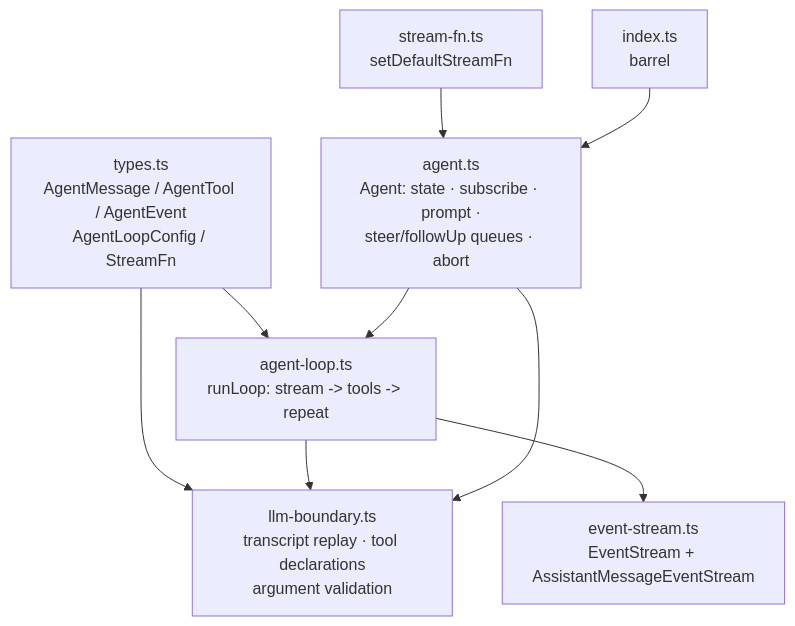
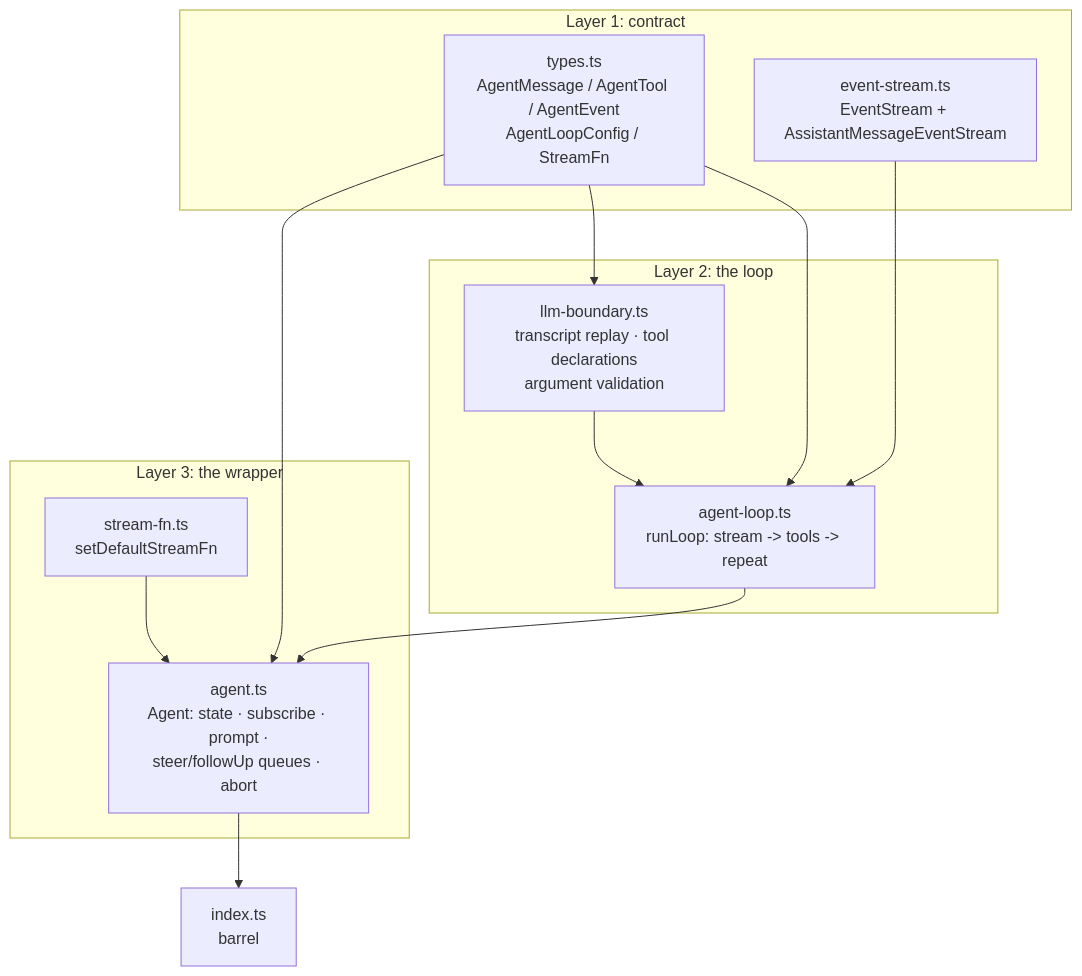
Before and after one commit to dgxRL/pi: the diagram in reduced/agent/doc/src-overview.md, drawn with Mermaid. The commit also changed 25 other files, not shown here.

````diff
--- a/reduced/agent/doc/src-overview.md
+++ b/reduced/agent/doc/src-overview.md
@@ -6,11 +6,25 @@
 ```mermaid
 flowchart TD
-    T["types.ts<br/>AgentMessage / AgentTool / AgentEvent<br/>AgentLoopConfig / StreamFn"] --> L["agent-loop.ts<br/>runLoop: stream -> tools -> repeat"]
-    T --> LB["llm-boundary.ts<br/>transcript replay · tool declarations<br/>argument validation"]
-    L --> LB
-    L --> ES["event-stream.ts<br/>EventStream + AssistantMessageEventStream"]
-    A["agent.ts<br/>Agent: state · subscribe · prompt ·<br/>steer/followUp queues · abort"] --> L
-    A --> LB
-    SF["stream-fn.ts<br/>setDefaultStreamFn"] --> A
-    I["index.ts<br/>barrel"] --> A
+    subgraph L1["Layer 1: contract"]
+        T["types.ts<br/>AgentMessage / AgentTool / AgentEvent<br/>AgentLoopConfig / StreamFn"]
+        ES["event-stream.ts<br/>EventStream + AssistantMessageEventStream"]
+    end
+    subgraph L2["Layer 2: the loop"]
+        LB["llm-boundary.ts<br/>transcript replay · tool declarations<br/>argument validation"]
+        AL["agent-loop.ts<br/>runLoop: stream -> tools -> repeat"]
+    end
+    subgraph L3["Layer 3: the wrapper"]
+        SF["stream-fn.ts<br/>setDefaultStreamFn"]
+        A["agent.ts<br/>Agent: state · subscribe · prompt ·<br/>steer/followUp queues · abort"]
+    end
+    I["index.ts<br/>barrel"]
+
+    T --> AL
+    T --> LB
+    ES --> AL
+    LB --> AL
+    T --> A
+    AL --> A
+    SF --> A
+    A --> I
 ```
````
